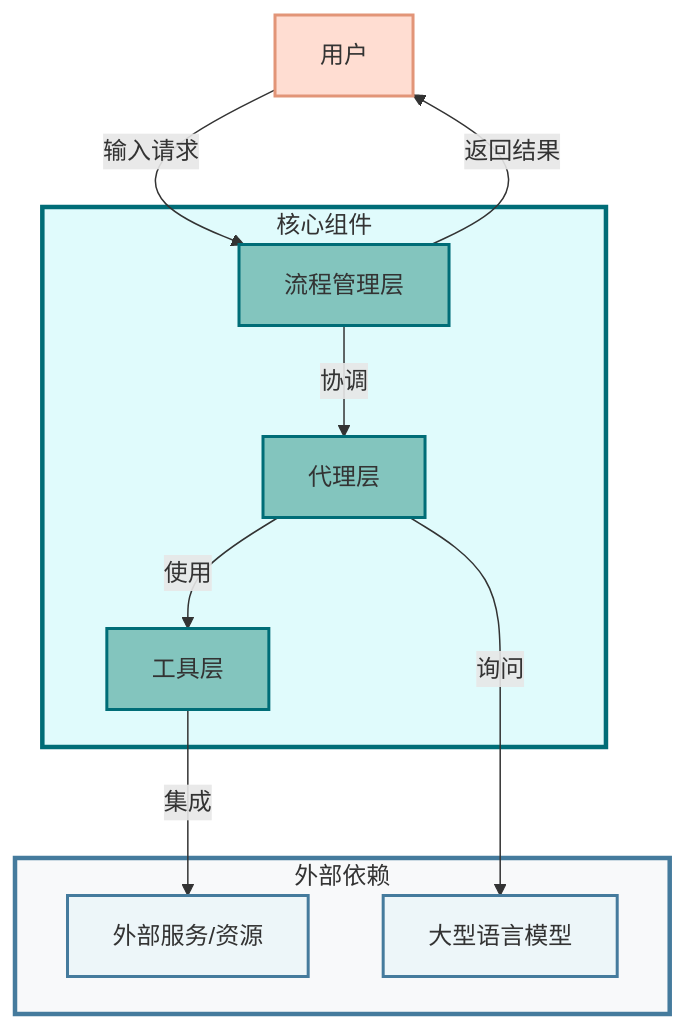
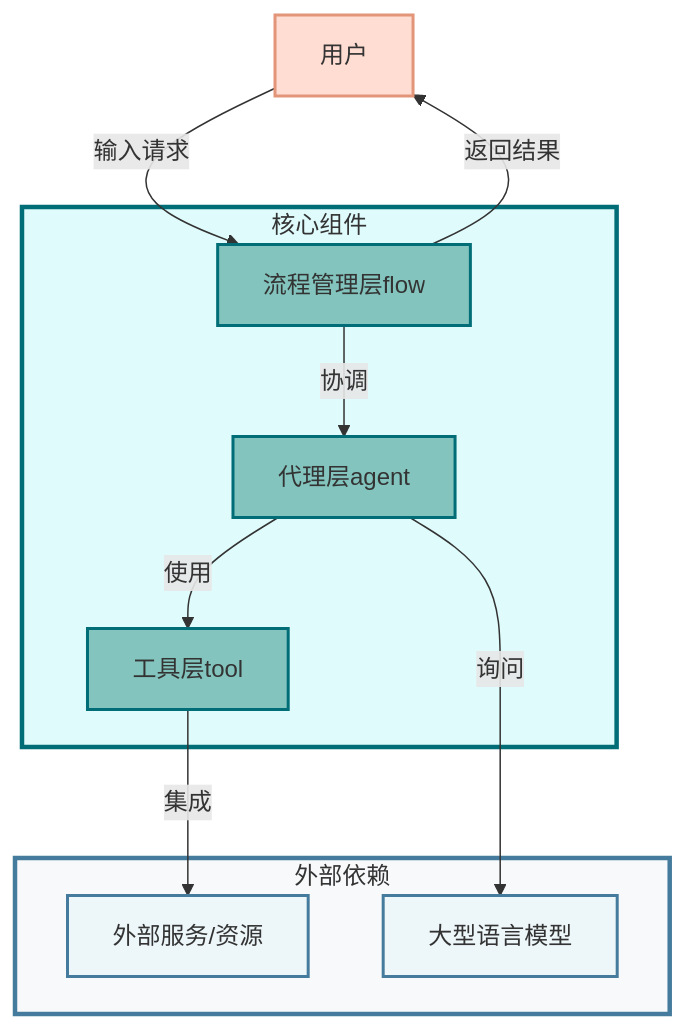
One commit to dust-YsY/OpenManus changed the first of 2 diagrams in ProjectAnalysis.md. Above: the diagram before and after it, drawn with Mermaid. The commit also changed other lines of this file, not shown here.

````diff
--- a/ProjectAnalysis.md
+++ b/ProjectAnalysis.md
@@ -57,31 +69,31 @@
 ```mermaid
 graph TD
-    User[用户] -- 输入请求 --> Flow[流程管理层]
-    Flow -- 协调 --> Agents[代理层]
-    Agents -- 使用 --> Tools[工具层]
+    User[用户] -- 输入请求 --> Flow[流程管理层flow]
+    Flow -- 协调 --> Agents[代理层agent]
+    Agents -- 使用 --> Tools[工具层tool]
     Tools -- 集成 --> External[外部服务/资源]
     Agents -- 询问 --> LLM[大型语言模型]
     Flow -- 返回结果 --> User
 
     subgraph "核心组件"
         Flow
         Agents
         Tools
     end
 
     subgraph "外部依赖"
         LLM
         External
     end
 
     classDef user fill:#ffddd2,stroke:#e29578,stroke-width:2px
     classDef core fill:#83c5be,stroke:#006d77,stroke-width:2px
     classDef external fill:#edf6f9,stroke:#457b9d,stroke-width:2px
 
     class User user
     class Flow,Agents,Tools core
     class LLM,External external
 
     style 核心组件 fill:#e0fbfc,stroke:#006d77,stroke-width:3px
     style 外部依赖 fill:#f8f9fa,stroke:#457b9d,stroke-width:3px
 ```
````
